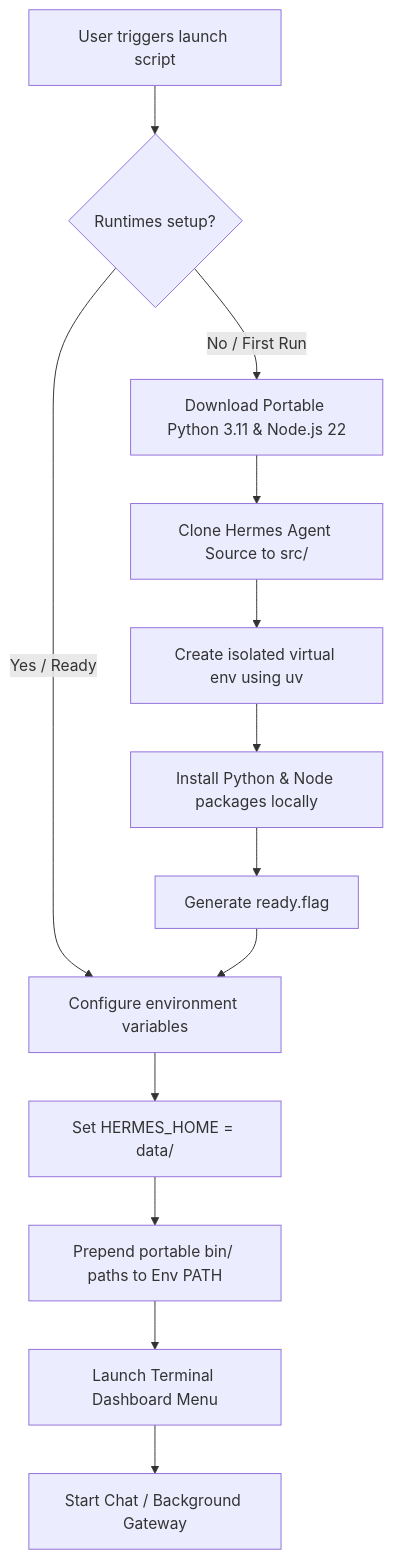
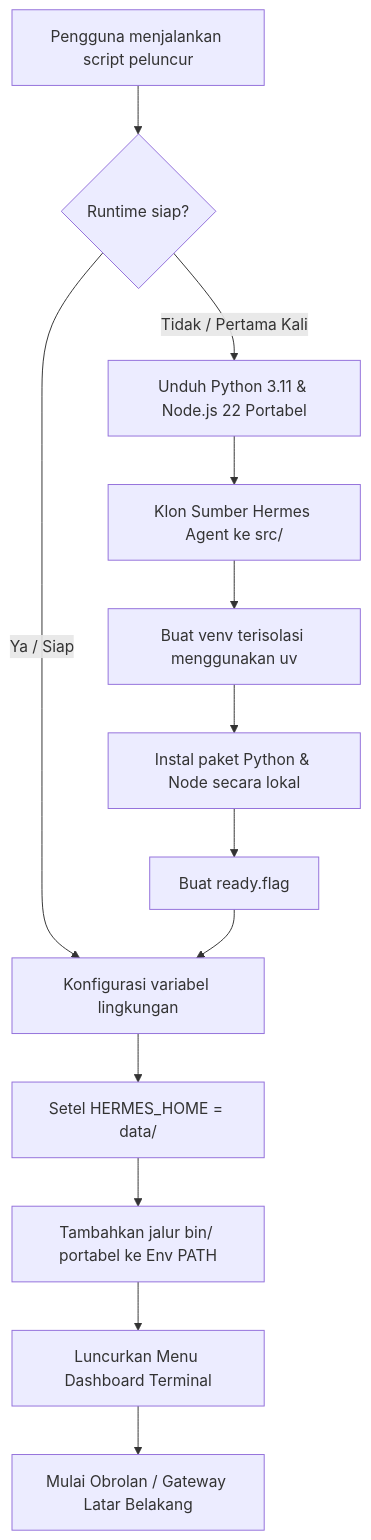
One commit to syamsul18782/srpcomhermes changed the diagram in README.md. Above: the diagram before and after it, drawn with Mermaid. The commit also changed other lines of this file and 2 other files, not shown here.

````diff
--- a/README.md
+++ b/README.md
@@ -63,15 +61,15 @@
 ```mermaid
 graph TD
-    A[User triggers launch script] --> B{Runtimes setup?}
-    B -- No / First Run --> C[Download Portable Python 3.11 & Node.js 22]
-    C --> D[Clone Hermes Agent Source to src/]
-    D --> E[Create isolated virtual env using uv]
-    E --> F[Install Python & Node packages locally]
-    F --> G[Generate ready.flag]
-    B -- Yes / Ready --> H[Configure environment variables]
+    A[Pengguna menjalankan script peluncur] --> B{Runtime siap?}
+    B -- Tidak / Pertama Kali --> C[Unduh Python 3.11 & Node.js 22 Portabel]
+    C --> D[Klon Sumber Hermes Agent ke src/]
+    D --> E[Buat venv terisolasi menggunakan uv]
+    E --> F[Instal paket Python & Node secara lokal]
+    F --> G[Buat ready.flag]
+    B -- Ya / Siap --> H[Konfigurasi variabel lingkungan]
     G --> H
-    H --> I[Set HERMES_HOME = data/]
-    I --> J[Prepend portable bin/ paths to Env PATH]
-    J --> K[Launch Terminal Dashboard Menu]
-    K --> L[Start Chat / Background Gateway]
+    H --> I[Setel HERMES_HOME = data/]
+    I --> J[Tambahkan jalur bin/ portabel ke Env PATH]
+    J --> K[Luncurkan Menu Dashboard Terminal]
+    K --> L[Mulai Obrolan / Gateway Latar Belakang]
 ```
````
